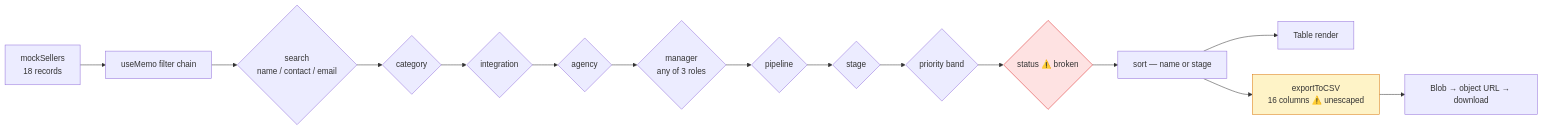
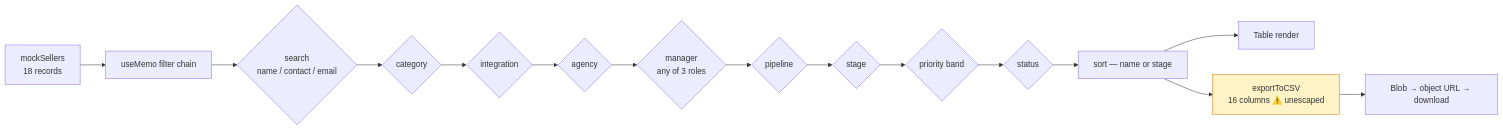
Before and after one commit to MarcusW9/v0-prm: the third of 4 diagrams in README.md, drawn with Mermaid. The commit also changed other lines of this file and 3 other files, not shown here.

````diff
--- a/README.md
+++ b/README.md
@@ -275,20 +276,19 @@
 ```mermaid
 flowchart LR
     A["mockSellers<br/>18 records"] --> B["useMemo filter chain"]
     B --> C{"search<br/>name / contact / email"}
     C --> D{"category"}
     D --> E{"integration"}
     E --> F{"agency"}
     F --> G{"manager<br/>any of 3 roles"}
     G --> H{"pipeline"}
     H --> I{"stage"}
     I --> J{"priority band"}
-    J --> K{"status ⚠️ broken"}
+    J --> K{"status"}
     K --> L["sort — name or stage"]
     L --> M["Table render"]
     L --> N["exportToCSV<br/>16 columns ⚠️ unescaped"]
     N --> O["Blob → object URL → download"]
 
-    style K fill:#fee2e2,stroke:#dc2626
     style N fill:#fef3c7,stroke:#d97706
 ```
````
